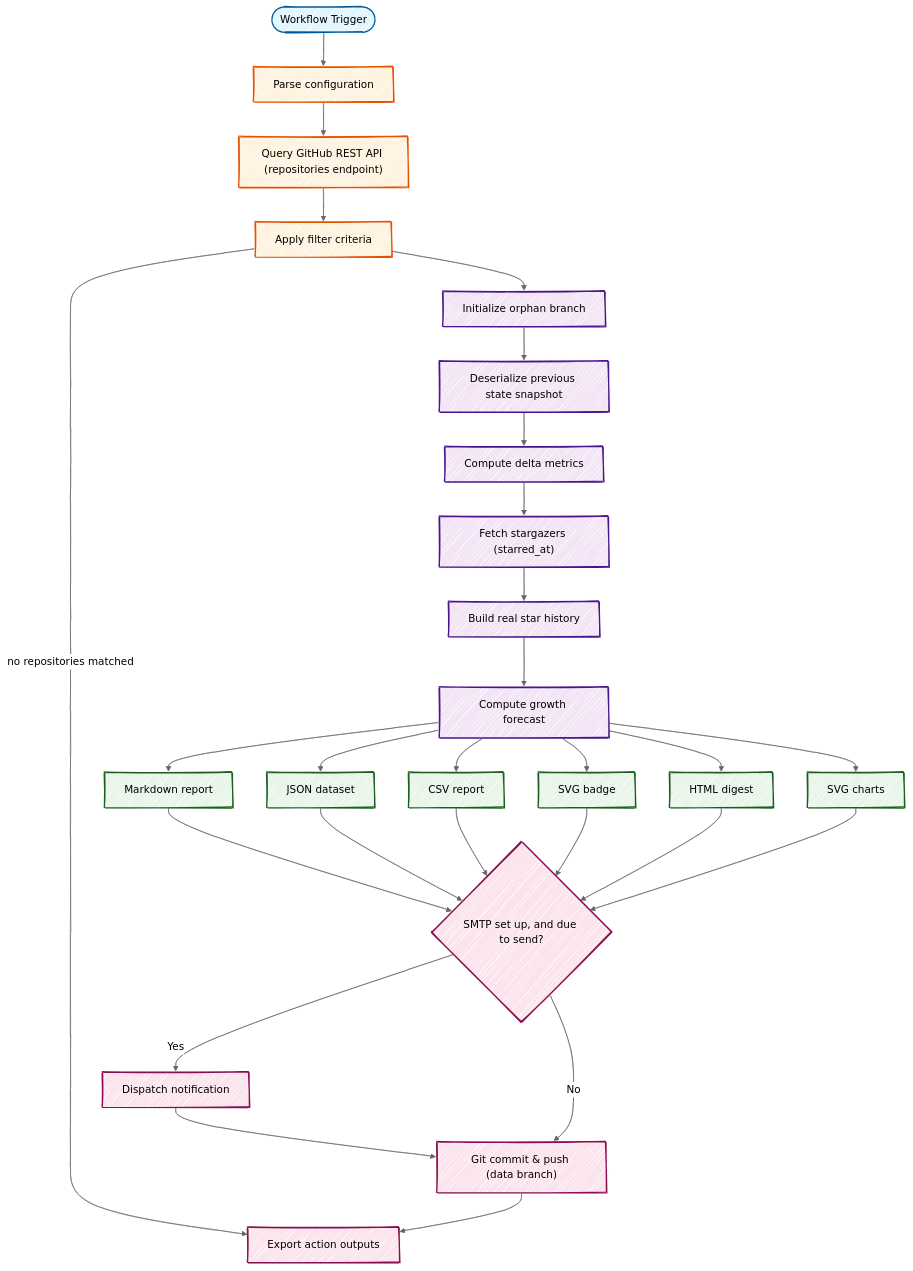
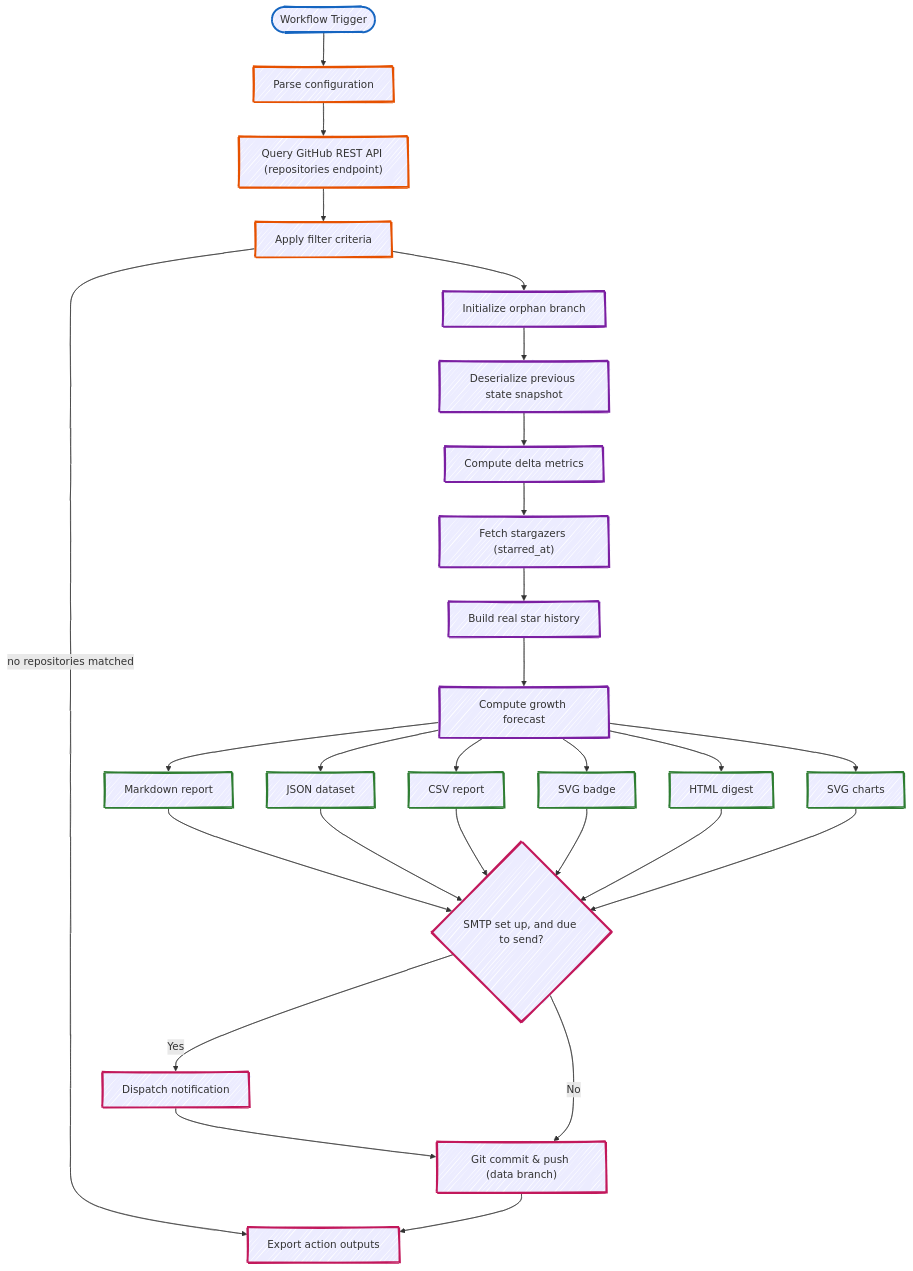
The diagram in README.md (fbuireu/github-star-tracker), drawn with Mermaid before and after one commit. The commit also changed 3 other files, not shown here.

First line of the commit message:
docs: make handDrawn diagrams readable in both colour modes

````diff
--- a/README.md
+++ b/README.md
@@ -237,59 +237,58 @@
 ```mermaid
 ---
 config:
   look: handDrawn
-  theme: neutral
 ---
 flowchart TD
     trigger(["Workflow Trigger"])
     config["Parse configuration"]
     fetch["Query GitHub REST API (repositories endpoint)"]
     filter["Apply filter criteria"]
     init["Initialize orphan branch"]
     read["Deserialize previous state snapshot"]
     compare["Compute delta metrics"]
     stargazers["Fetch stargazers (starred_at)"]
     history["Build real star history"]
     forecast["Compute growth forecast"]
     md["Markdown report"]
     json["JSON dataset"]
     csv["CSV report"]
     svg["SVG badge"]
     html["HTML digest"]
     charts["SVG charts"]
     commit["Git commit & push (data branch)"]
     setout["Export action outputs"]
     email{"SMTP set up, and due to send?"}
     send["Dispatch notification"]
 
     trigger --> config --> fetch --> filter
     filter -->|no repositories matched| setout
     filter --> init --> read --> compare
     compare --> stargazers --> history --> forecast
     forecast --> md & json & csv & svg & html & charts
     md & json & csv & svg & html & charts --> email
     email -->|Yes| send --> commit
     email -->|No| commit
     commit --> setout
 
-    style trigger fill:#e1f5ff,stroke:#01579b,stroke-width:2px
-    style config fill:#fff3e0,stroke:#e65100,stroke-width:2px
-    style fetch fill:#fff3e0,stroke:#e65100,stroke-width:2px
-    style filter fill:#fff3e0,stroke:#e65100,stroke-width:2px
-    style init fill:#f3e5f5,stroke:#4a148c,stroke-width:2px
-    style read fill:#f3e5f5,stroke:#4a148c,stroke-width:2px
-    style compare fill:#f3e5f5,stroke:#4a148c,stroke-width:2px
-    style stargazers fill:#f3e5f5,stroke:#4a148c,stroke-width:2px
-    style history fill:#f3e5f5,stroke:#4a148c,stroke-width:2px
-    style forecast fill:#f3e5f5,stroke:#4a148c,stroke-width:2px
-    style md fill:#e8f5e9,stroke:#1b5e20,stroke-width:2px
-    style json fill:#e8f5e9,stroke:#1b5e20,stroke-width:2px
-    style csv fill:#e8f5e9,stroke:#1b5e20,stroke-width:2px
-    style svg fill:#e8f5e9,stroke:#1b5e20,stroke-width:2px
-    style html fill:#e8f5e9,stroke:#1b5e20,stroke-width:2px
-    style charts fill:#e8f5e9,stroke:#1b5e20,stroke-width:2px
-    style commit fill:#fce4ec,stroke:#880e4f,stroke-width:2px
-    style setout fill:#fce4ec,stroke:#880e4f,stroke-width:2px
-    style email fill:#fce4ec,stroke:#880e4f,stroke-width:2px
-    style send fill:#fce4ec,stroke:#880e4f,stroke-width:2px
+    style trigger stroke:#1565c0,stroke-width:3px
+    style config stroke:#e65100,stroke-width:3px
+    style fetch stroke:#e65100,stroke-width:3px
+    style filter stroke:#e65100,stroke-width:3px
+    style init stroke:#7b1fa2,stroke-width:3px
+    style read stroke:#7b1fa2,stroke-width:3px
+    style compare stroke:#7b1fa2,stroke-width:3px
+    style stargazers stroke:#7b1fa2,stroke-width:3px
+    style history stroke:#7b1fa2,stroke-width:3px
+    style forecast stroke:#7b1fa2,stroke-width:3px
+    style md stroke:#2e7d32,stroke-width:3px
+    style json stroke:#2e7d32,stroke-width:3px
+    style csv stroke:#2e7d32,stroke-width:3px
+    style svg stroke:#2e7d32,stroke-width:3px
+    style html stroke:#2e7d32,stroke-width:3px
+    style charts stroke:#2e7d32,stroke-width:3px
+    style commit stroke:#c2185b,stroke-width:3px
+    style setout stroke:#c2185b,stroke-width:3px
+    style email stroke:#c2185b,stroke-width:3px
+    style send stroke:#c2185b,stroke-width:3px
 ```
````
